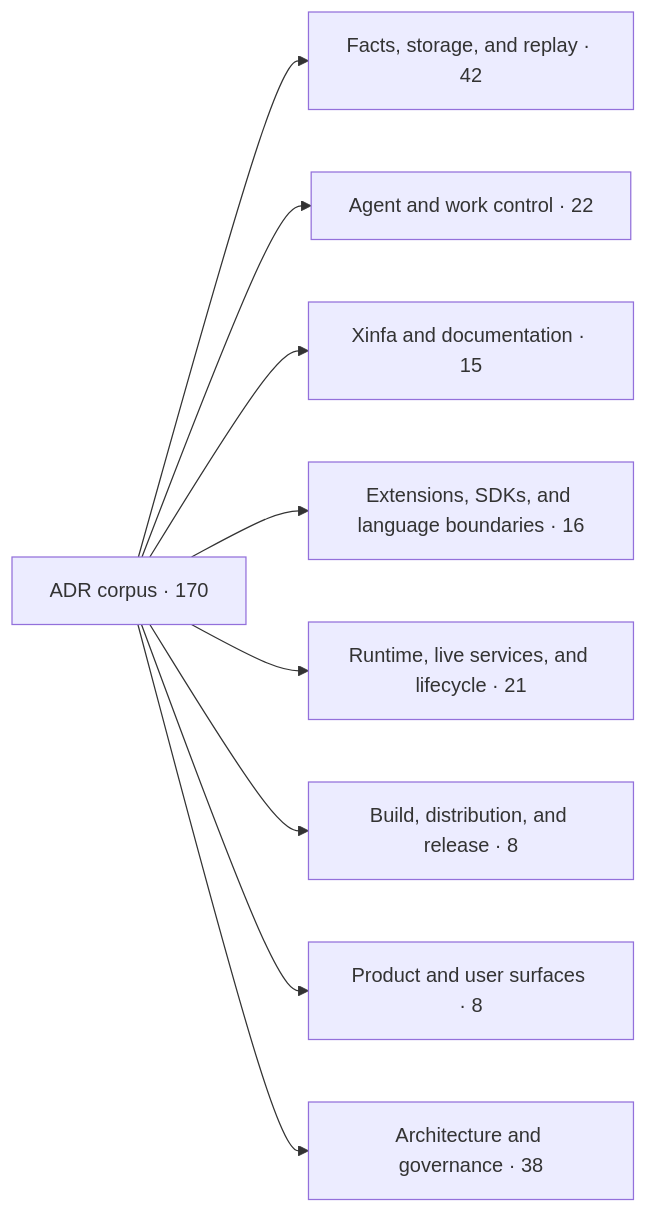
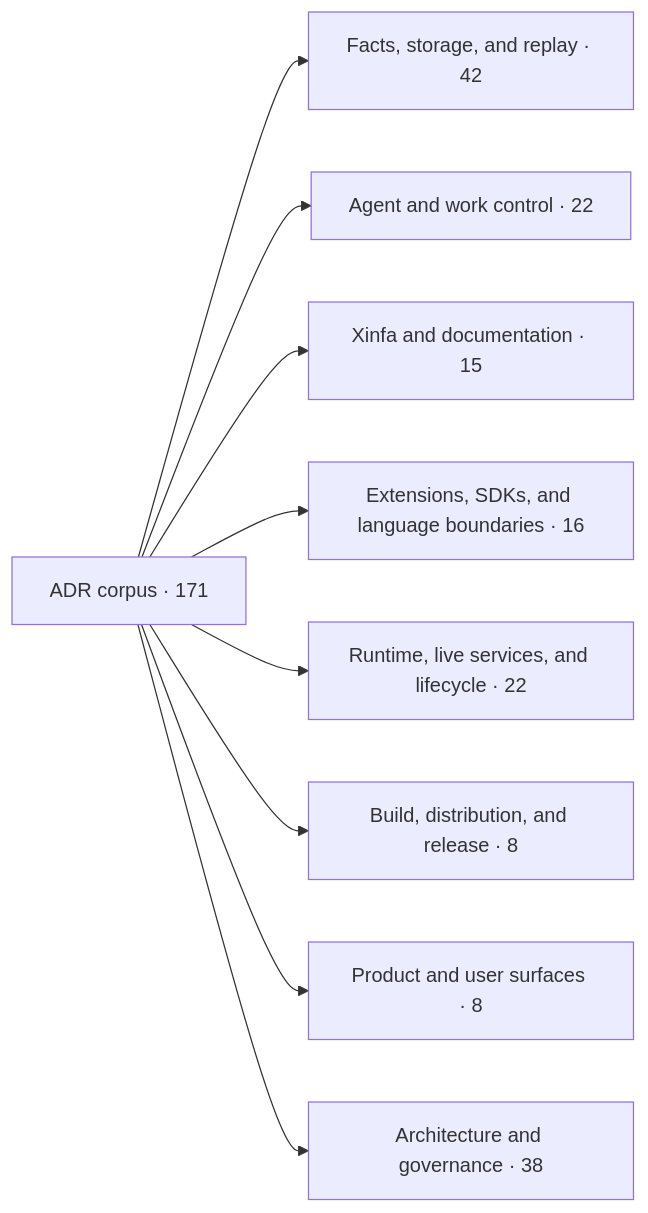
The first of 2 diagrams in docs/architecture/adr-map.md (PterX/kungfu), drawn with Mermaid before and after one commit. The commit also changed other lines of this file and 64 other files, not shown here.

````diff
--- a/docs/architecture/adr-map.md
+++ b/docs/architecture/adr-map.md
@@ -20,12 +20,12 @@
 ```mermaid
 flowchart LR
-  root["ADR corpus · 170"]
+  root["ADR corpus · 171"]
   root --> d0["Facts, storage, and replay · 42"]
   root --> d1["Agent and work control · 22"]
   root --> d2["Xinfa and documentation · 15"]
   root --> d3["Extensions, SDKs, and language boundaries · 16"]
-  root --> d4["Runtime, live services, and lifecycle · 21"]
+  root --> d4["Runtime, live services, and lifecycle · 22"]
   root --> d5["Build, distribution, and release · 8"]
   root --> d6["Product and user surfaces · 8"]
   root --> d7["Architecture and governance · 38"]
 ```
````
